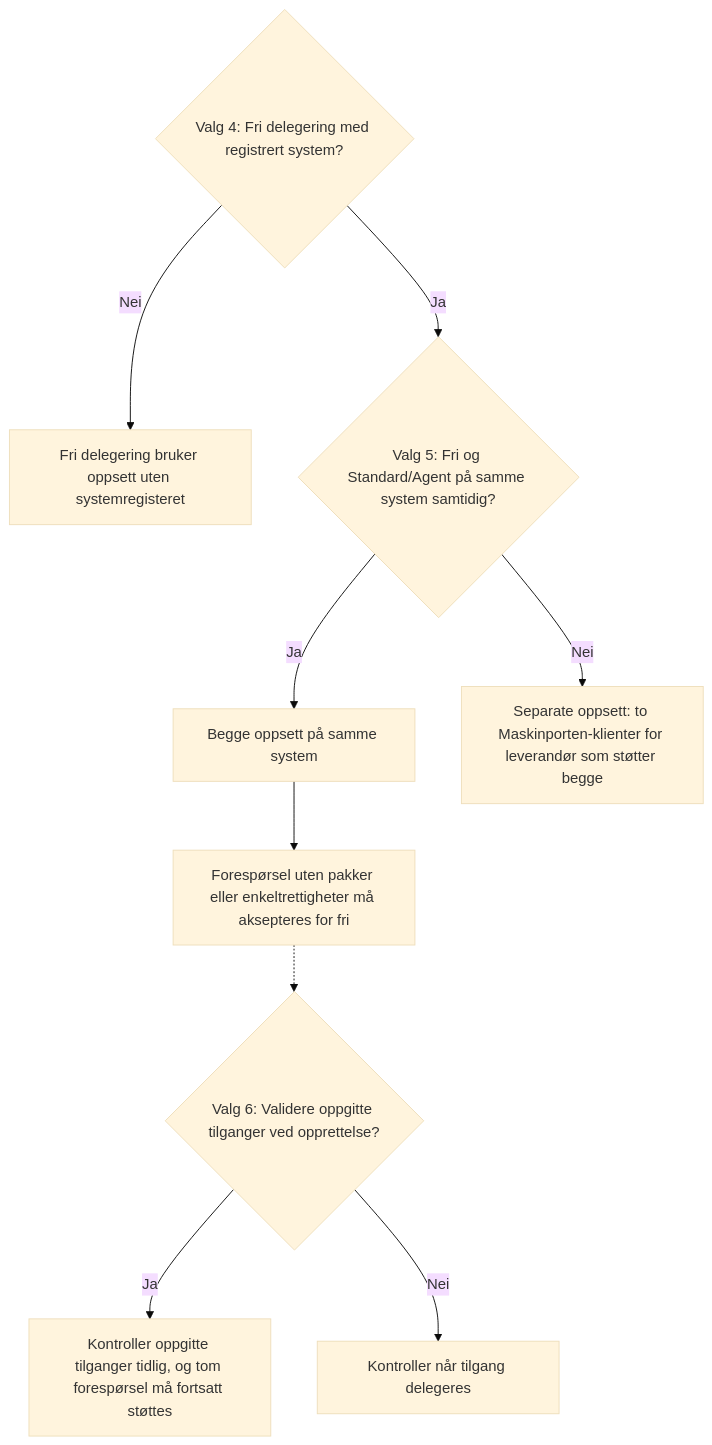
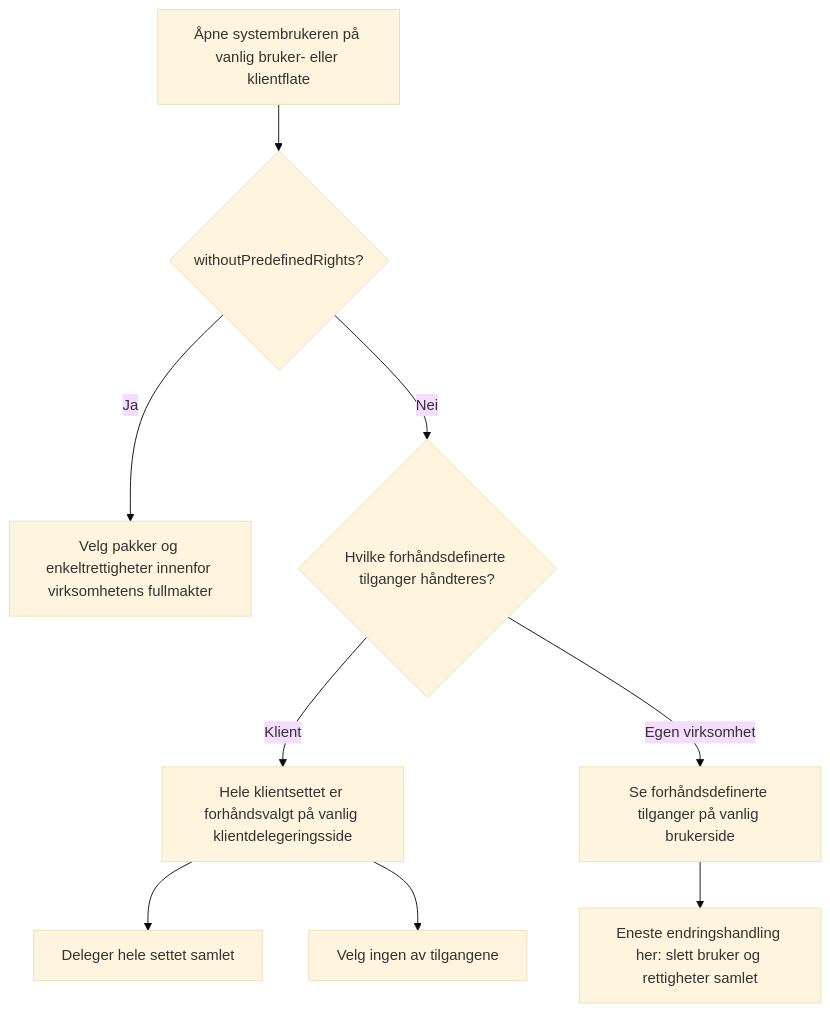
The third of 4 diagrams in content/authorization/guides/system-vendor/system-user/beslutningstre.nb.md (Altinn/altinn-studio-docs), drawn with Mermaid (base theme) before and after one commit. The commit also changed other lines of this file and 5 other files, not shown here.

```diff
--- a/content/authorization/guides/system-vendor/system-user/beslutningstre.nb.md
+++ b/content/authorization/guides/system-vendor/system-user/beslutningstre.nb.md
@@ -46,12 +55,11 @@
 {{< mermaid >}}
 graph TD
-  V4{"Valg 4: Fri delegering med registrert system?"}
-  V4 -->|Nei| DIRECT["Fri delegering bruker oppsett uten systemregisteret"]
-  V4 -->|Ja| V5{"Valg 5: Fri og Standard/Agent på samme system samtidig?"}
-  V5 -->|Ja| MIX["Begge oppsett på samme system"]
-  V5 -->|Nei| SPLIT["Separate oppsett: to Maskinporten-klienter for leverandør som støtter begge"]
-  MIX --> REQUIRED["Forespørsel uten pakker eller enkeltrettigheter må aksepteres for fri"]
-  REQUIRED -.-> V6{"Valg 6: Validere oppgitte tilganger ved opprettelse?"}
-  V6 -->|Ja| EARLY["Kontroller oppgitte tilganger tidlig, og tom forespørsel må fortsatt støttes"]
-  V6 -->|Nei| LATER["Kontroller når tilgang delegeres"]
+  OPEN["Åpne systembrukeren på vanlig bruker- eller klientflate"] --> MODE{"withoutPredefinedRights?"}
+  MODE -->|Ja| CHOOSE["Velg pakker og enkeltrettigheter innenfor virksomhetens fullmakter"]
+  MODE -->|Nei| CONTEXT{"Hvilke forhåndsdefinerte tilganger håndteres?"}
+  CONTEXT -->|Klient| SET["Hele klientsettet er forhåndsvalgt på vanlig klientdelegeringsside"]
+  SET --> ALL["Deleger hele settet samlet"]
+  SET --> NONE["Velg ingen av tilgangene"]
+  CONTEXT -->|Egen virksomhet| VIEW["Se forhåndsdefinerte tilganger på vanlig brukerside"]
+  VIEW --> DELETE["Eneste endringshandling her: slett bruker og rettigheter samlet"]
 {{< /mermaid >}}
```
